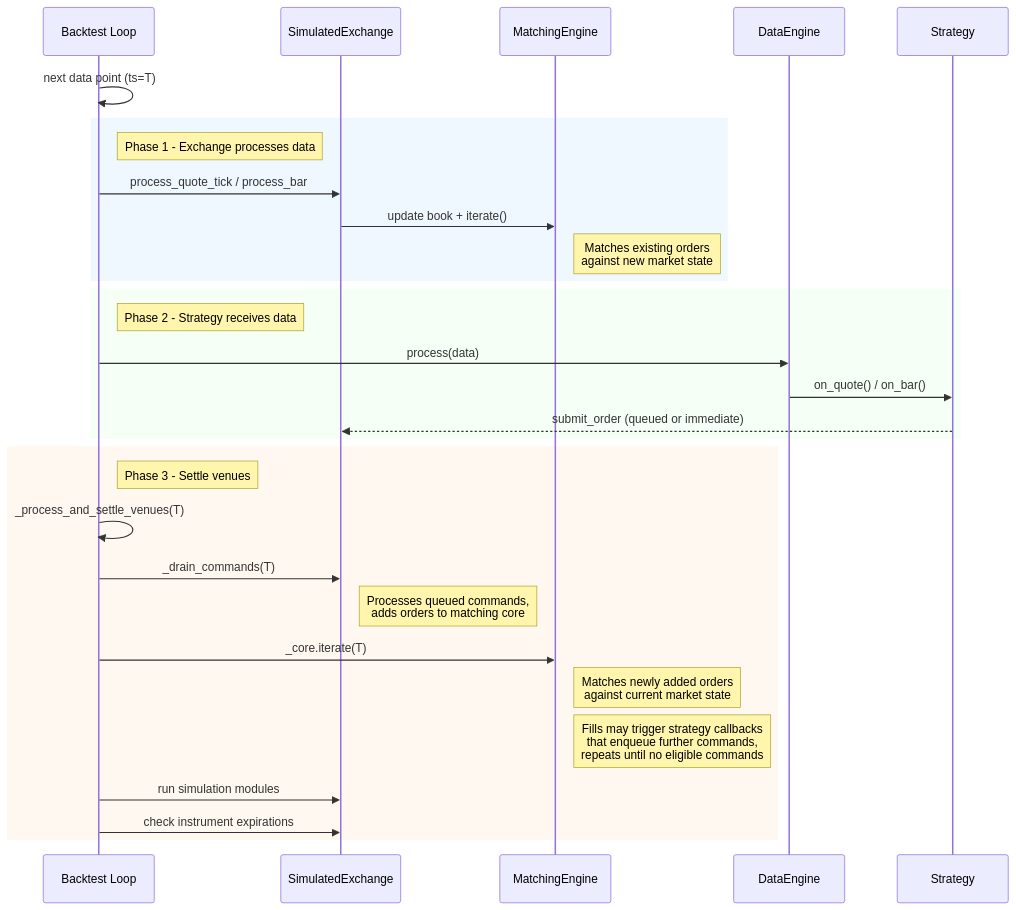
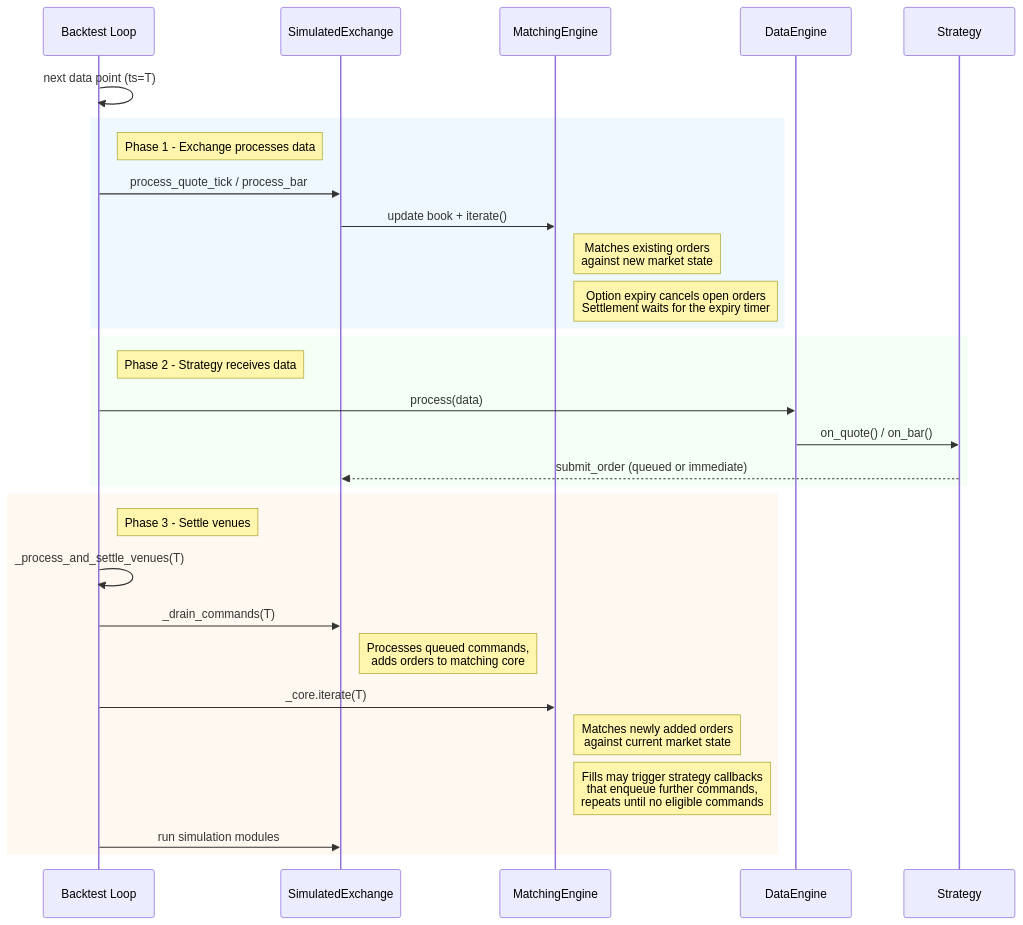
One commit to nautechsystems/nautilus_trader changed the diagram in docs/concepts/backtesting/execution-flow.md. Above: the diagram before and after it, drawn with Mermaid. The commit also changed other lines of this file and 9 other files, not shown here.

First line of the commit message:
Fix backtest option expiry settlement ordering

````diff
--- a/docs/concepts/backtesting/execution-flow.md
+++ b/docs/concepts/backtesting/execution-flow.md
@@ -27,36 +27,36 @@
 ```mermaid
 sequenceDiagram
     participant BL as Backtest Loop
     participant Exch as SimulatedExchange
     participant ME as MatchingEngine
     participant DE as DataEngine
     participant Stgy as Strategy
 
     BL->>BL: next data point (ts=T)
 
     rect rgb(240, 248, 255)
     note right of BL: Phase 1 - Exchange processes data
     BL->>Exch: process_quote_tick / process_bar
     Exch->>ME: update book + iterate()
     note right of ME: Matches existing orders<br/>against new market state
+    note right of ME: Option expiry cancels open orders<br/>Settlement waits for the expiry timer
     end
 
     rect rgb(245, 255, 245)
     note right of BL: Phase 2 - Strategy receives data
     BL->>DE: process(data)
     DE->>Stgy: on_quote() / on_bar()
     Stgy-->>Exch: submit_order (queued or immediate)
     end
 
     rect rgb(255, 248, 240)
     note right of BL: Phase 3 - Settle venues
     BL->>BL: _process_and_settle_venues(T)
     BL->>Exch: _drain_commands(T)
     note right of Exch: Processes queued commands,<br/>adds orders to matching core
     BL->>ME: _core.iterate(T)
     note right of ME: Matches newly added orders<br/>against current market state
     note right of ME: Fills may trigger strategy callbacks<br/>that enqueue further commands,<br/>repeats until no eligible commands
     BL->>Exch: run simulation modules
-    BL->>Exch: check instrument expirations
     end
 ```
````
